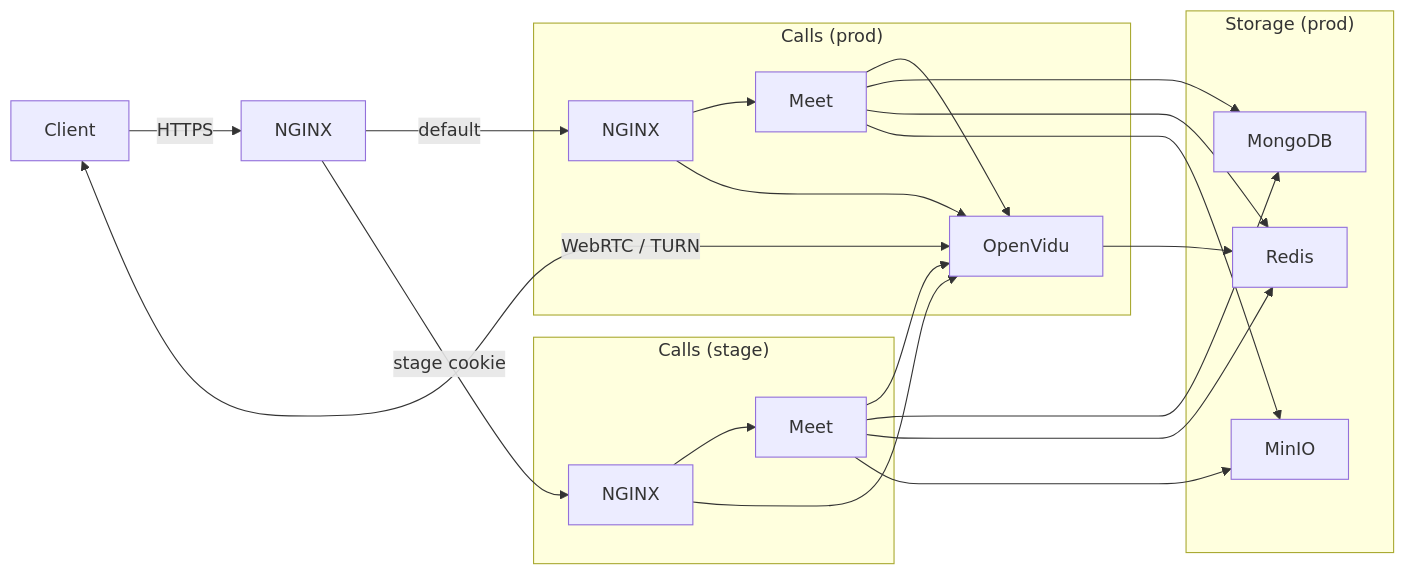
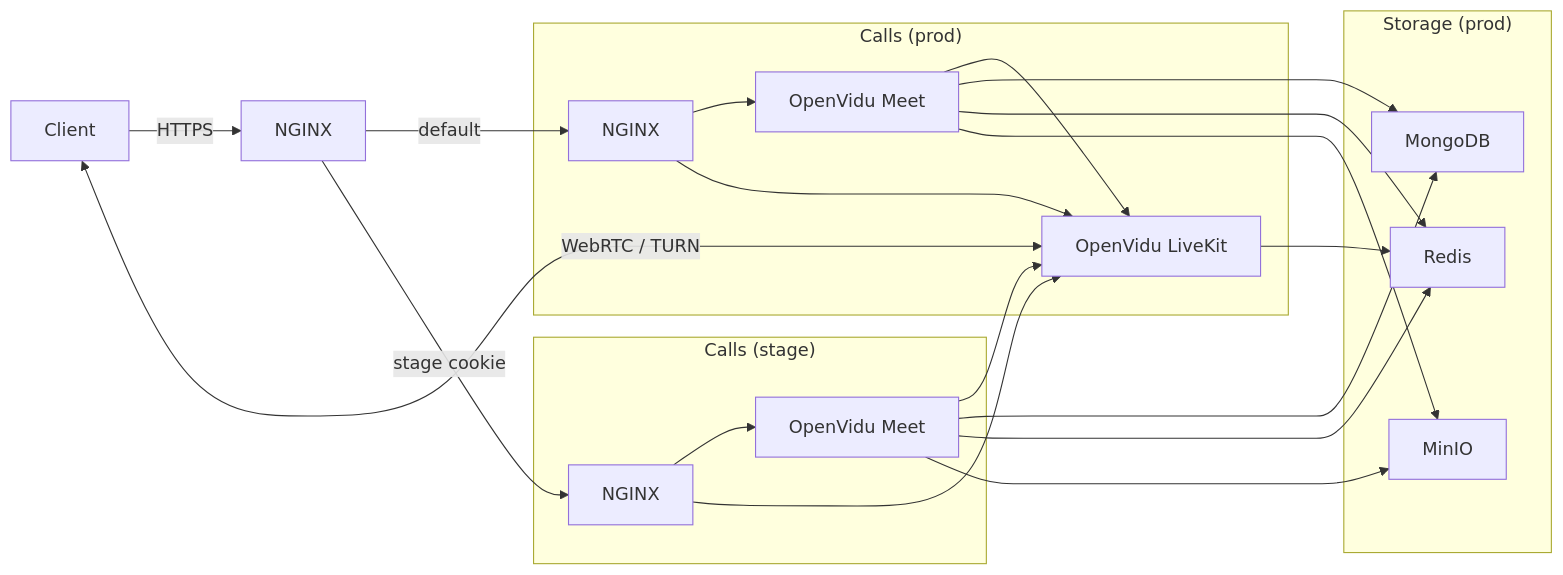
Before and after one commit to dwspurpleteam/deployer: the diagram in README.md, drawn with Mermaid.

Commit message:
update arch in readme

````diff
--- a/README.md
+++ b/README.md
@@ -12,33 +12,33 @@
 ```mermaid
 flowchart LR
   browser[Client] -->|HTTPS| ingress[NGINX]
   ingress -->|default| proxy
   ingress -->|stage cookie| stage
   browser <-->|WebRTC / TURN| openvidu
 
   subgraph calls_stage["Calls (stage)"]
-    stage[NGINX] --> stage_meet[Meet]
+    stage[NGINX] --> stage_meet[OpenVidu Meet]
   end
 
   subgraph calls_prod["Calls (prod)"]
-    proxy["NGINX"] --> meet[Meet]
-    proxy --> openvidu[OpenVidu]
+    proxy["NGINX"] --> meet[OpenVidu Meet]
+    proxy --> openvidu[OpenVidu LiveKit]
     meet --> openvidu
   end
 
   subgraph storage["Storage (prod)"]
     mongodb[MongoDB]
     redis[Redis]
     minio[MinIO]
   end
 
   meet --> mongodb
   meet --> redis
   meet --> minio
   stage --> openvidu
   stage_meet --> openvidu
   stage_meet --> mongodb
   stage_meet --> redis
   stage_meet --> minio
   openvidu --> redis
 ```
````
